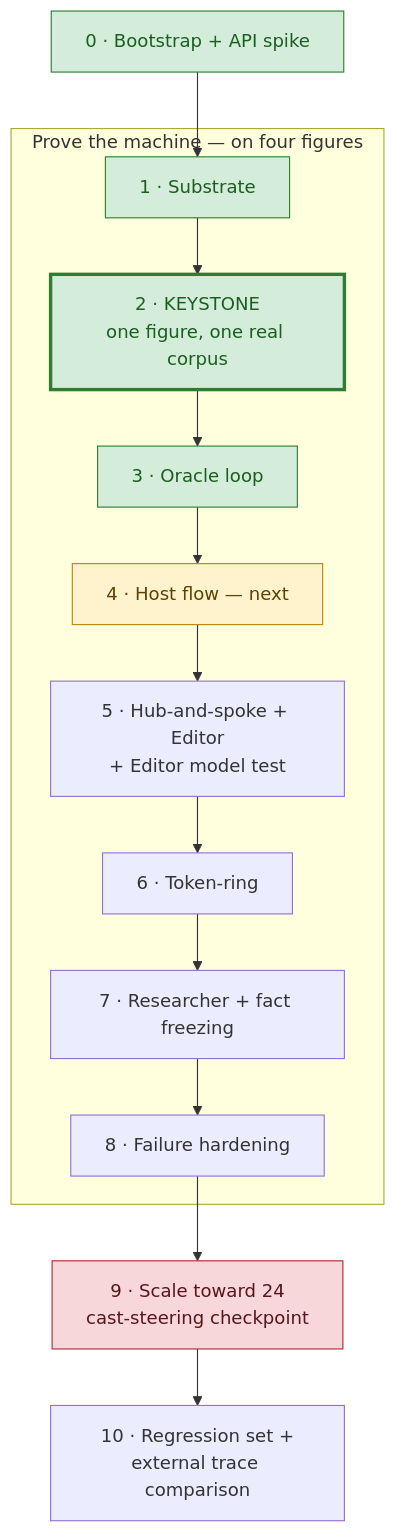
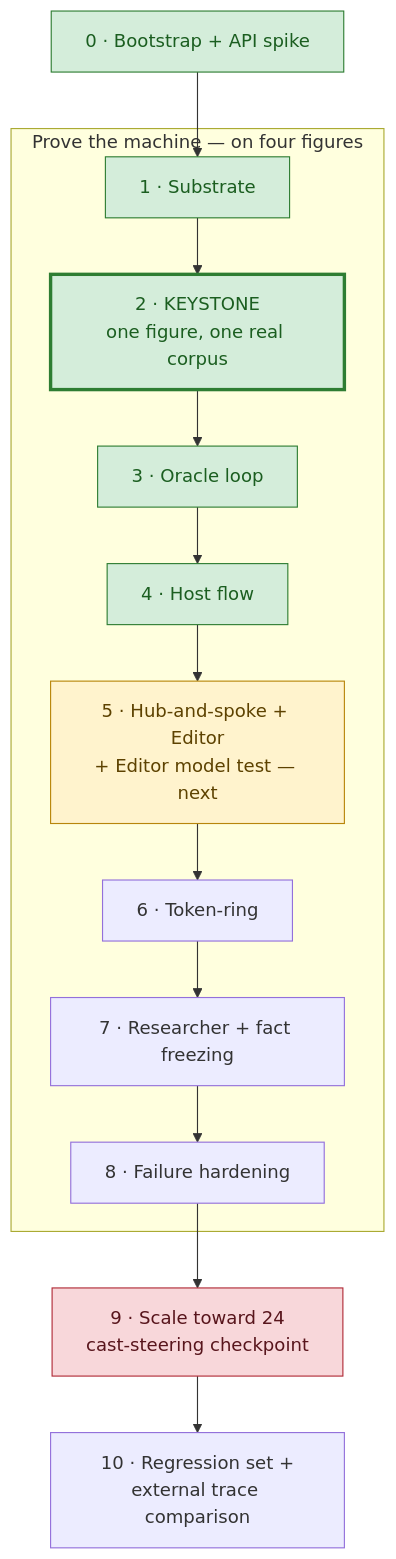
The diagram in docs/AGENT_CHOIR_V2_BUILD_PLAN.md (a-j-rz/agent-choir-studio-2), drawn with Mermaid before and after one commit. The commit also changed other lines of this file and 7 other files, not shown here.

````diff
--- a/docs/AGENT_CHOIR_V2_BUILD_PLAN.md
+++ b/docs/AGENT_CHOIR_V2_BUILD_PLAN.md
@@ -23,30 +23,30 @@
 ```mermaid
 flowchart TD
     P0["0 · Bootstrap + API spike"]:::done --> P1["1 · Substrate"]:::done
     P1 --> P2["2 · KEYSTONE<br/>one figure, one real corpus"]:::keydone
     P2 --> P3["3 · Oracle loop"]:::done
-    P3 --> P4["4 · Host flow — next"]:::next
-    P4 --> P5["5 · Hub-and-spoke + Editor<br/>+ Editor model test"]
+    P3 --> P4["4 · Host flow"]:::done
+    P4 --> P5["5 · Hub-and-spoke + Editor<br/>+ Editor model test — next"]:::next
     P5 --> P6["6 · Token-ring"]
     P6 --> P7["7 · Researcher + fact freezing"]
     P7 --> P8["8 · Failure hardening"]
     P8 --> P9["9 · Scale toward 24<br/>cast-steering checkpoint"]:::check
     P9 --> P10["10 · Regression set +<br/>external trace comparison"]
 
     subgraph Machine["Prove the machine — on four figures"]
         P1
         P2
         P3
         P4
         P5
         P6
         P7
         P8
     end
 
     classDef done fill:#d4edda,stroke:#2e7d32,color:#1b5e20
     classDef next fill:#fff3cd,stroke:#b8860b,color:#5d4200
     classDef key fill:#cfe2ff,stroke:#0b5ed7,color:#052c65,stroke-width:3px
     classDef keydone fill:#d4edda,stroke:#2e7d32,color:#1b5e20,stroke-width:3px
     classDef check fill:#f8d7da,stroke:#b02a37,color:#58151c
 ```
````
